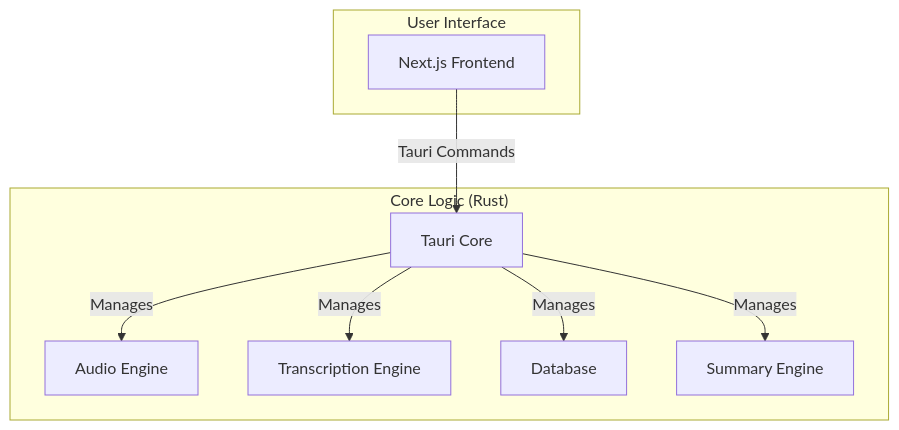
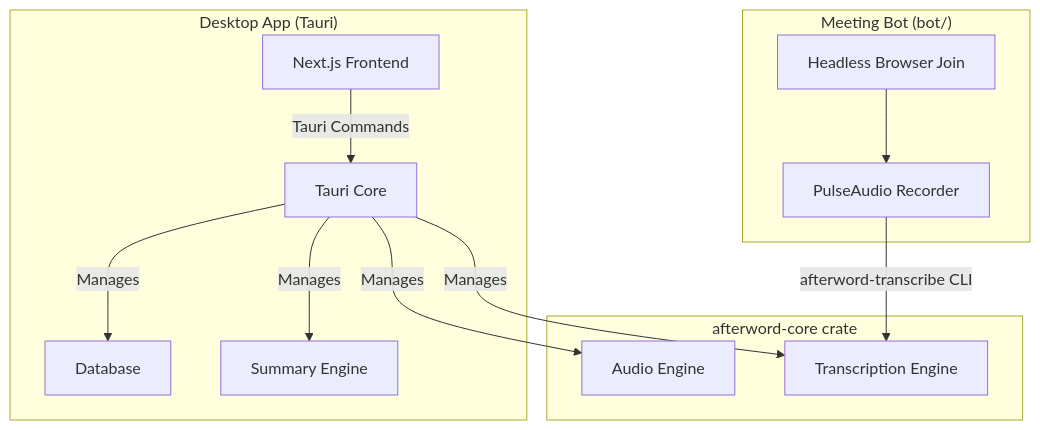
The diagram in docs/architecture.md (judeotine/Afterword), drawn with Mermaid before and after one commit. The commit also changed other lines of this file and 4 other files, not shown here.

Commit message:
Update docs and roadmap for Phase 1 hardening and bot scaffold

````diff
--- a/docs/architecture.md
+++ b/docs/architecture.md
@@ -7,20 +7,27 @@
 ```mermaid
 graph TD
-    subgraph User Interface
+    subgraph "Desktop App (Tauri)"
         A[Next.js Frontend]
+        B[Tauri Core]
+        E[Database]
+        F[Summary Engine]
     end
 
-    subgraph "Core Logic (Rust)"
-        B[Tauri Core]
+    subgraph "Meeting Bot (bot/)"
+        G[Headless Browser Join]
+        H[PulseAudio Recorder]
+    end
+
+    subgraph "afterword-core crate"
         C[Audio Engine]
         D[Transcription Engine]
-        E[Database]
-        F[Summary Engine]
     end
 
     A -- Tauri Commands --> B
     B -- Manages --> C
     B -- Manages --> D
     B -- Manages --> E
     B -- Manages --> F
+    G --> H
+    H -- afterword-transcribe CLI --> D
 ```
````
